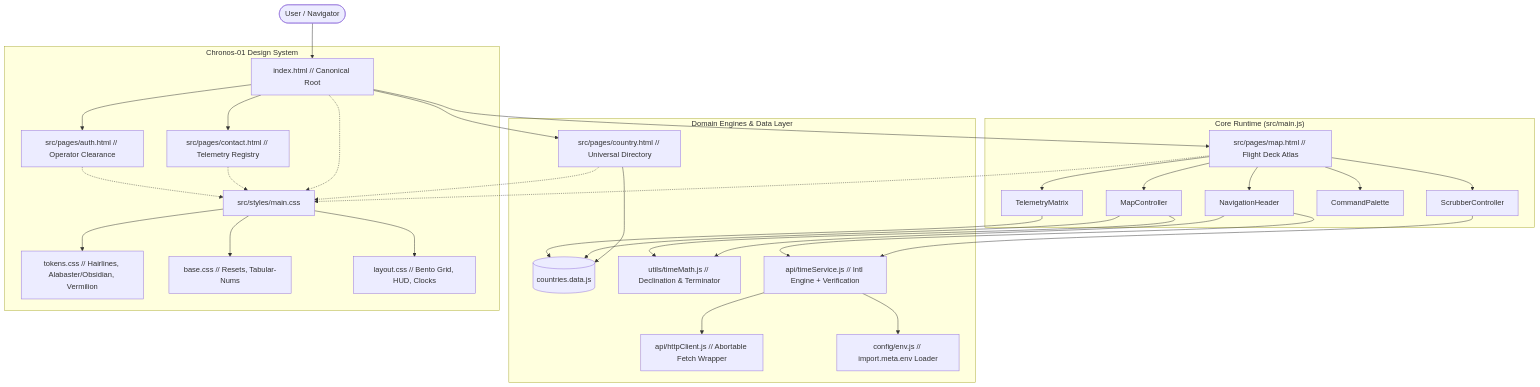
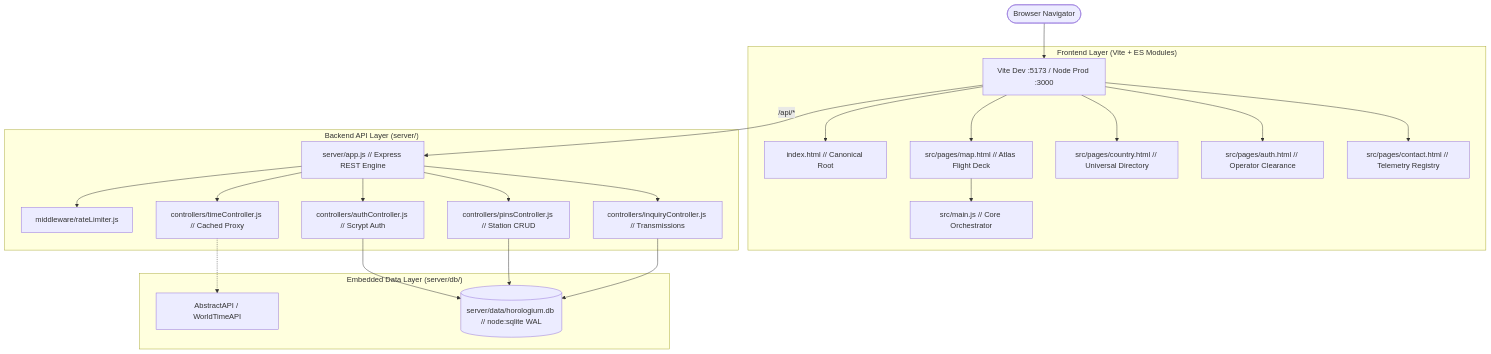
The diagram in README.md (shaikimthiyas/On-Map-Time-Zones), drawn with Mermaid before and after one commit. The commit also changed other lines of this file and 25 other files, not shown here.

Commit message:
feat(backend): add embedded SQLite persistence, Express API, proxy caching, Docker, and CI pipeline

````diff
--- a/README.md
+++ b/README.md
@@ -27,31 +30,27 @@
 ```mermaid
 graph TD
-    User([User / Navigator]) --> Index[index.html // Canonical Root]
-    Index --> Atlas[src/pages/map.html // Flight Deck Atlas]
-    Index --> Directory[src/pages/country.html // Universal Directory]
-    Index --> Auth[src/pages/auth.html // Operator Clearance]
-    Index --> Contact[src/pages/contact.html // Telemetry Registry]
+    Client([Browser Navigator]) --> VHost[Vite Dev :5173 / Node Prod :3000]
 
-    subgraph "Core Runtime (src/main.js)"
-        Atlas --> MC[MapController]
-        Atlas --> SC[ScrubberController]
-        Atlas --> TM[TelemetryMatrix]
-        Atlas --> CP[CommandPalette]
-        Atlas --> NH[NavigationHeader]
+    subgraph "Frontend Layer (Vite + ES Modules)"
+        VHost --> Index[index.html // Canonical Root]
+        VHost --> MapView[src/pages/map.html // Atlas Flight Deck]
+        VHost --> DirView[src/pages/country.html // Universal Directory]
+        VHost --> AuthView[src/pages/auth.html // Operator Clearance]
+        VHost --> ContactView[src/pages/contact.html // Telemetry Registry]
+        MapView --> Runtime[src/main.js // Core Orchestrator]
     end
 
-    subgraph "Domain Engines & Data Layer"
-        TM & MC & Directory --> CD[(countries.data.js)]
-        MC & NH --> TMATH[utils/timeMath.js // Declination & Terminator]
-        NH & SC --> TS[api/timeService.js // Intl Engine + Verification]
-        TS --> HTTP[api/httpClient.js // Abortable Fetch Wrapper]
-        TS --> ENV_CFG[config/env.js // import.meta.env Loader]
+    subgraph "Backend API Layer (server/)"
+        VHost -- "/api/*" --> ExpressApp[server/app.js // Express REST Engine]
+        ExpressApp --> RateLimiter[middleware/rateLimiter.js]
+        ExpressApp --> TimeCtrl[controllers/timeController.js // Cached Proxy]
+        ExpressApp --> AuthCtrl[controllers/authController.js // Scrypt Auth]
+        ExpressApp --> PinsCtrl[controllers/pinsController.js // Station CRUD]
+        ExpressApp --> InqCtrl[controllers/inquiryController.js // Transmissions]
     end
 
-    subgraph "Chronos-01 Design System"
-        Atlas & Directory & Auth & Contact & Index -.-> CSS[src/styles/main.css]
-        CSS --> TOKENS[tokens.css // Hairlines, Alabaster/Obsidian, Vermilion]
-        CSS --> BASE[base.css // Resets, Tabular-Nums]
-        CSS --> LAYOUT[layout.css // Bento Grid, HUD, Clocks]
+    subgraph "Embedded Data Layer (server/db/)"
+        TimeCtrl -.-> RemoteAPI[AbstractAPI / WorldTimeAPI]
+        AuthCtrl & PinsCtrl & InqCtrl --> NativeSQLite[(server/data/horologium.db // node:sqlite WAL)]
     end
 ```
````
